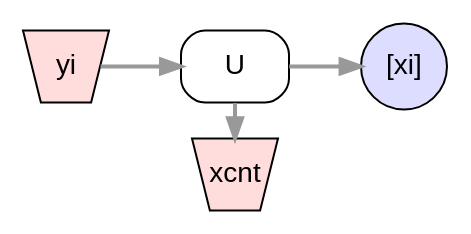
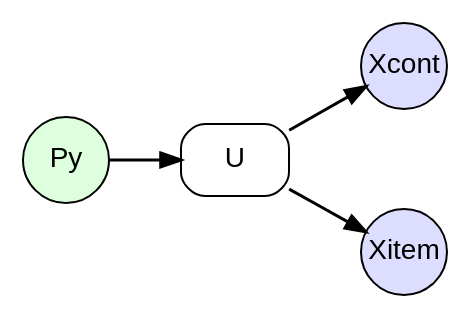
The diagram in opal/ProductsUnpack.dot (drautzburg/currychicken), drawn with Graphviz before and after one commit. The commit also changed 4 other files, not shown here.

```diff
--- a/opal/ProductsUnpack.dot
+++ b/opal/ProductsUnpack.dot
@@ -1,27 +1,29 @@
 digraph d {
 	node [fontname = "Arial"];
 	edge [fontname = "Arial", fontsize=11,color="#999999", penwidth=2, weight=1];
 
+	nodesep=0.7
 	rankdir=LR
-	subgraph list {
+	node [fontname = "Arial"];
+	edge [fontname = "Arial", fontsize=11,color=black, penwidth=1.5, weight=1];
+
+	subgraph prodIn {
 		node [shape=circle, style=filled, fillcolor="#DDDDFF", fixedsize=true, width=0.6]
-		xi [label="[xi]"]
+		pin1[label=Xcont]
+		pin2[label=Xitem]
 		}
-	subgraph nest {
-		node [shape=invtrapezium, style=filled, fillcolor="#FFDDDD", fixedsize=true, width=0.6]
-		yi
-		xlbl[label=xcnt]
-		}		
-	subgraph others {
-		node [shape=circle, style=filled, fillcolor="#DDDDDD", fixedsize=true, width=0.6]
 
+	subgraph prodOur {
+		node [shape=circle, style=filled, fillcolor="#DDFFDD", fixedsize=true, width=0.6]
+		pout1[label=Py]
 		}
+
 	subgraph process {
-		node [shape=box, style=rounded]
-		U
+		node [label="U" shape=box, style=rounded]
+		process
 	}
-{rank=same; xlbl U}
-yi -> U
-U -> xi
-U -> xlbl
+
+	pout1 -> process
+	process -> pin1
+	process -> pin2
 }
```
